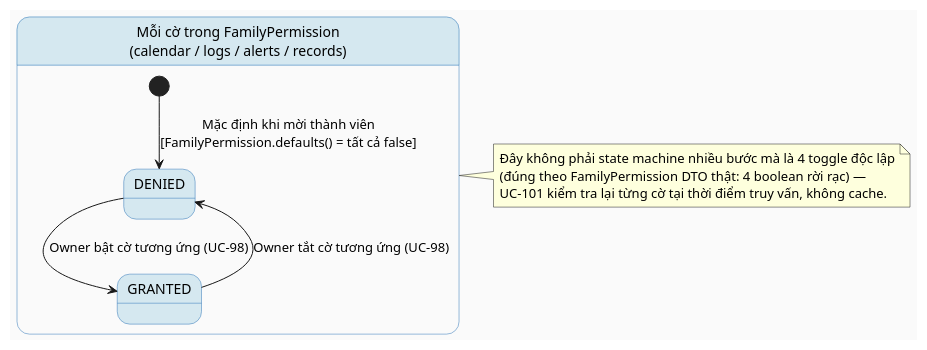
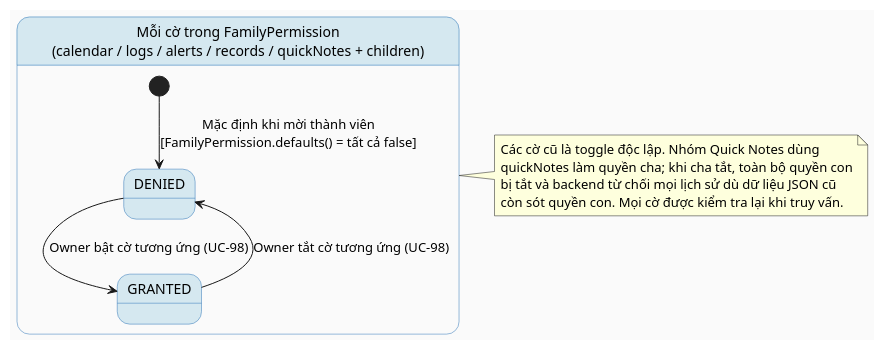
Before and after one commit to ChuongBDHE172784/CareBridge_SEP490_G79: the third of 3 diagrams in docs/Detailed_Design/MF10_Family_Sync_Cooperative_Care/02_Family_Permission_Shared_Visibility.md, drawn with PlantUML. The commit also changed other lines of this file and 20 other files, not shown here.

Commit message:
feat: implement family quick note sharing system including permission management, data models, and dashboard integration

````diff
--- a/docs/Detailed_Design/MF10_Family_Sync_Cooperative_Care/02_Family_Permission_Shared_Visibility.md
+++ b/docs/Detailed_Design/MF10_Family_Sync_Cooperative_Care/02_Family_Permission_Shared_Visibility.md
@@ -314,20 +320,21 @@
 ```plantuml
 @startuml MF10_02_PermissionScope_StateMachine
 skinparam backgroundColor #FAFAFA
 skinparam StateBackgroundColor #D5E8F0
 skinparam StateBorderColor #2E75B6
 
-state "Mỗi cờ trong FamilyPermission\n(calendar / logs / alerts / records)" as Flag {
+state "Mỗi cờ trong FamilyPermission\n(calendar / logs / alerts / records / quickNotes + children)" as Flag {
   [*] --> DENIED : Mặc định khi mời thành viên\n[FamilyPermission.defaults() = tất cả false]
   DENIED --> GRANTED : Owner bật cờ tương ứng (UC-98)
   GRANTED --> DENIED : Owner tắt cờ tương ứng (UC-98)
 }
 
 note right of Flag
-  Đây không phải state machine nhiều bước mà là 4 toggle độc lập
-  (đúng theo FamilyPermission DTO thật: 4 boolean rời rạc) —
-  UC-101 kiểm tra lại từng cờ tại thời điểm truy vấn, không cache.
+  Các cờ cũ là toggle độc lập. Nhóm Quick Notes dùng
+  quickNotes làm quyền cha; khi cha tắt, toàn bộ quyền con
+  bị tắt và backend từ chối mọi lịch sử dù dữ liệu JSON cũ
+  còn sót quyền con. Mọi cờ được kiểm tra lại khi truy vấn.
 end note
 
 @enduml
 ```
````
